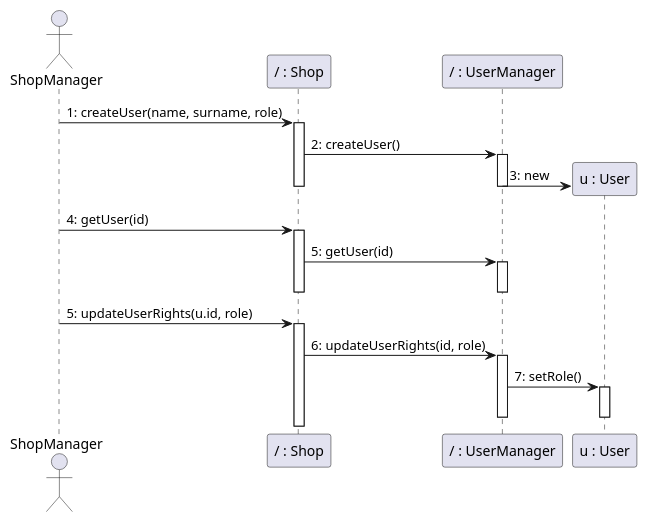
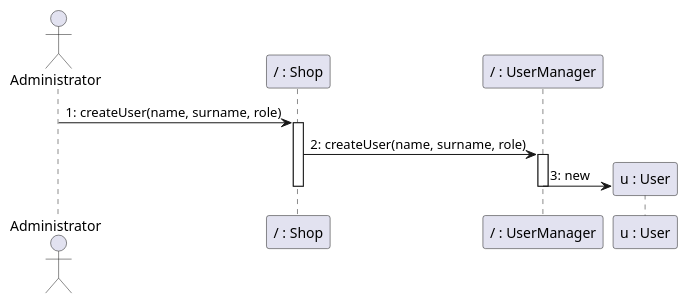
The eighth of 24 diagrams in Deliverables/DesignDocument.md (nicolabattaglino/ezshop), drawn with PlantUML before and after one commit. The commit also changed other lines of this file, not shown here.

Commit message:
Sequence diagrams

````diff
--- a/Deliverables/DesignDocument.md
+++ b/Deliverables/DesignDocument.md
@@ -663,34 +663,20 @@
 ```plantuml
 @startuml
-actor ShopManager
+actor Administrator
 participant "/ : Shop" as Shop
 participant "/ : UserManager" as UserManager
 participant "u : User" as User
-ShopManager -> Shop: 1: createUser(name, surname, role)
+Administrator -> Shop: 1: createUser(name, surname, role)
 activate Shop
-Shop -> UserManager: 2: createUser()
+Shop -> UserManager: 2: createUser(name, surname, role)
 activate UserManager
 create User
 UserManager -> User: 3: new
 deactivate Shop
 deactivate UserManager
 
-ShopManager -> Shop: 4: getUser(id)
-activate Shop
-Shop -> UserManager: 5: getUser(id)
-activate UserManager
-deactivate UserManager
-deactivate Shop
-
-ShopManager -> Shop: 5: updateUserRights(u.id, role)
-activate Shop
-Shop -> UserManager: 6: updateUserRights(id, role)
-activate UserManager
-UserManager -> User: 7: setRole()
-activate User
-deactivate User
 
 deactivate UserManager
 
 @enduml
 ```
````
